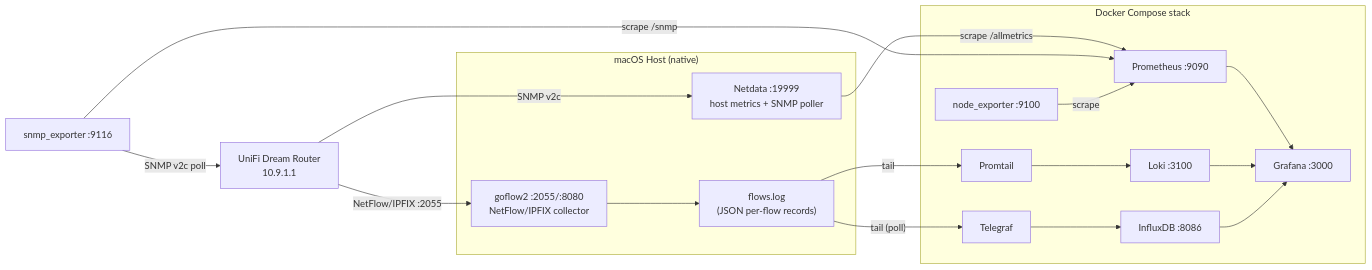
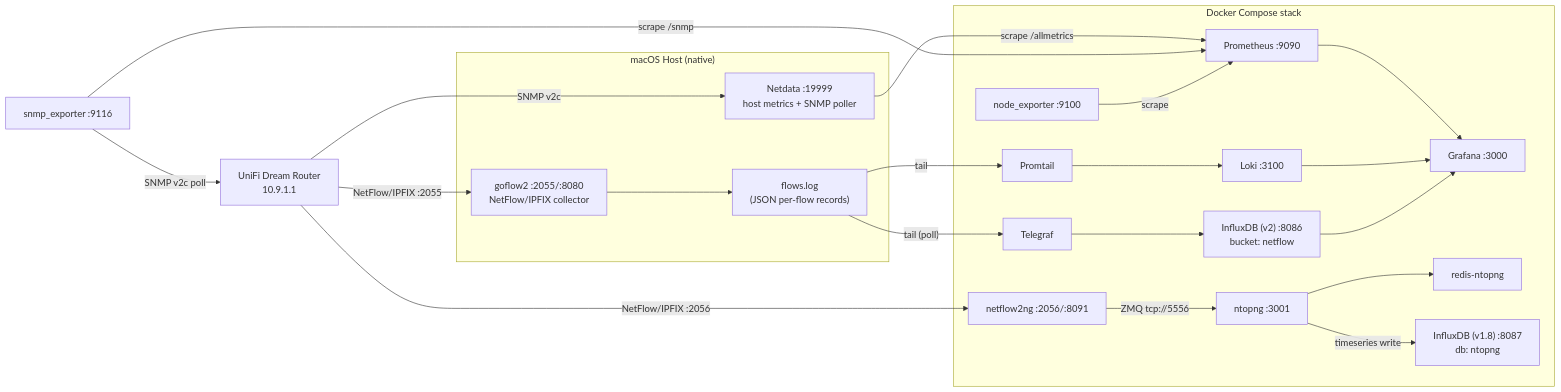
One commit to fabiano-mira/docker-monitoring changed the diagram in README.md. Above: the diagram before and after it, drawn with Mermaid. The commit also changed other lines of this file and 1 other file, not shown here.

First line of the commit message:
Add ntopng/netflow2ng NetFlow visualization pipeline

````diff
--- a/README.md
+++ b/README.md
@@ -7,33 +7,41 @@
 ```mermaid
 flowchart LR
   subgraph Host["macOS Host (native)"]
     Netdata["Netdata :19999<br/>host metrics + SNMP poller"]
     goflow2["goflow2 :2055/:8080<br/>NetFlow/IPFIX collector"]
     FlowLog["flows.log<br/>(JSON per-flow records)"]
     goflow2 --> FlowLog
   end
 
   Router["UniFi Dream Router<br/>10.9.1.1"] -- "SNMP v2c" --> Netdata
   Router -- "NetFlow/IPFIX :2055" --> goflow2
+  Router -- "NetFlow/IPFIX :2056" --> netflow2ng
   SNMPExp["snmp_exporter :9116"] -- "SNMP v2c poll" --> Router
 
   subgraph Docker["Docker Compose stack"]
     Prometheus["Prometheus :9090"]
     Grafana["Grafana :3000"]
     Loki["Loki :3100"]
     Promtail["Promtail"]
-    InfluxDB["InfluxDB :8086"]
+    InfluxDB["InfluxDB (v2) :8086<br/>bucket: netflow"]
     Telegraf["Telegraf"]
     NodeExp["node_exporter :9100"]
+    netflow2ng["netflow2ng :2056/:8091"]
+    ntopng["ntopng :3001"]
+    RedisNtopng["redis-ntopng"]
+    InfluxNtopng["InfluxDB (v1.8) :8087<br/>db: ntopng"]
   end
 
   Netdata -- "scrape /allmetrics" --> Prometheus
   SNMPExp -- "scrape /snmp" --> Prometheus
   NodeExp -- "scrape" --> Prometheus
   FlowLog -- "tail" --> Promtail --> Loki
   FlowLog -- "tail (poll)" --> Telegraf --> InfluxDB
+  netflow2ng -- "ZMQ tcp://5556" --> ntopng
+  ntopng --> RedisNtopng
+  ntopng -- "timeseries write" --> InfluxNtopng
 
   Prometheus --> Grafana
   Loki --> Grafana
   InfluxDB --> Grafana
 ```
````
